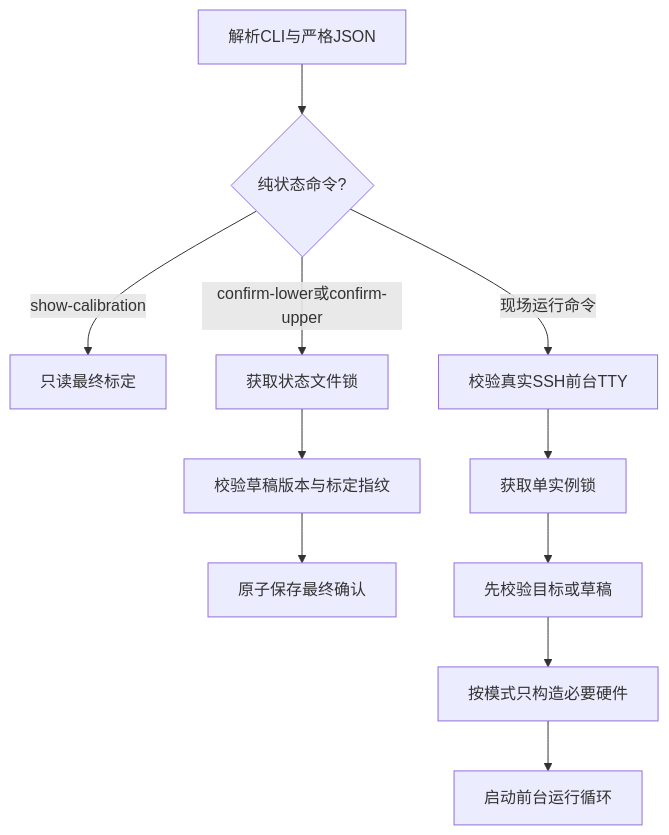
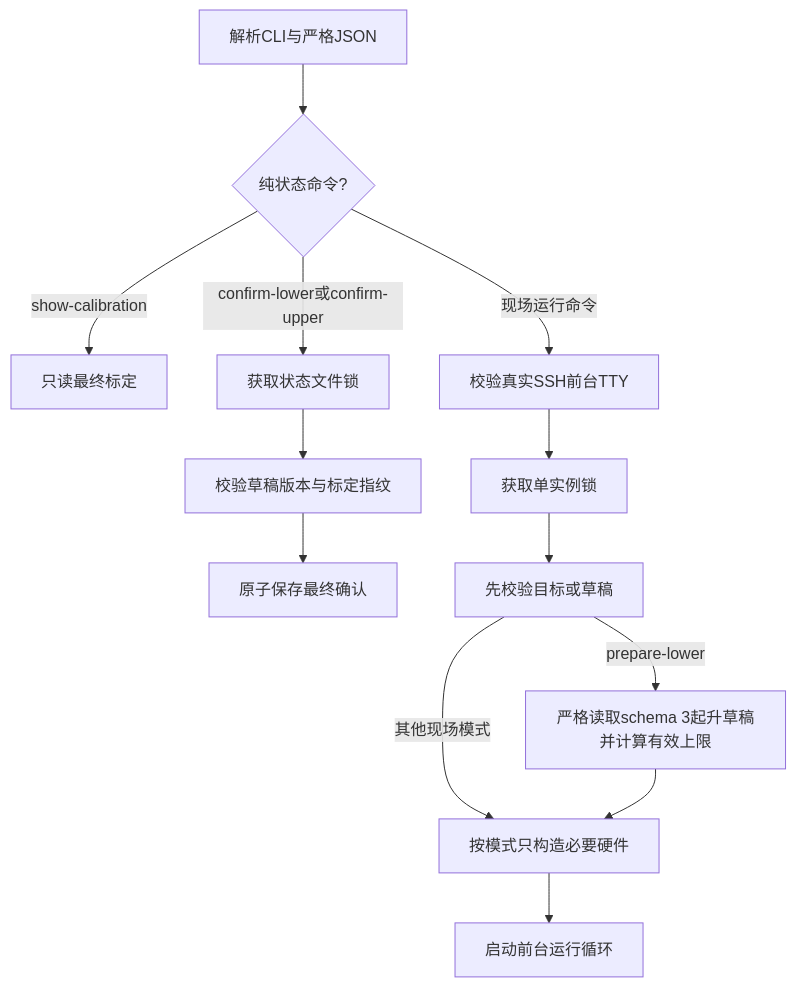
One commit to olCdo/agv-lift-height-control changed the first of 3 diagrams in docs/维护地图.md. Above: the diagram before and after it, drawn with Mermaid. The commit also changed other lines of this file and 1 other file, not shown here.

````diff
--- a/docs/维护地图.md
+++ b/docs/维护地图.md
@@ -140,13 +153,15 @@
 ```mermaid
 flowchart TD
     A[解析CLI与严格JSON] --> B{纯状态命令?}
     B -->|show-calibration| C[只读最终标定]
     B -->|confirm-lower或confirm-upper| D[获取状态文件锁]
     D --> E[校验草稿版本与标定指纹]
     E --> F[原子保存最终确认]
     B -->|现场运行命令| G[校验真实SSH前台TTY]
     G --> H[获取单实例锁]
     H --> I[先校验目标或草稿]
-    I --> J[按模式只构造必要硬件]
+    I -->|prepare-lower| P[严格读取schema 3起升草稿并计算有效上限]
+    I -->|其他现场模式| J[按模式只构造必要硬件]
+    P --> J
     J --> K[启动前台运行循环]
 ```
````
